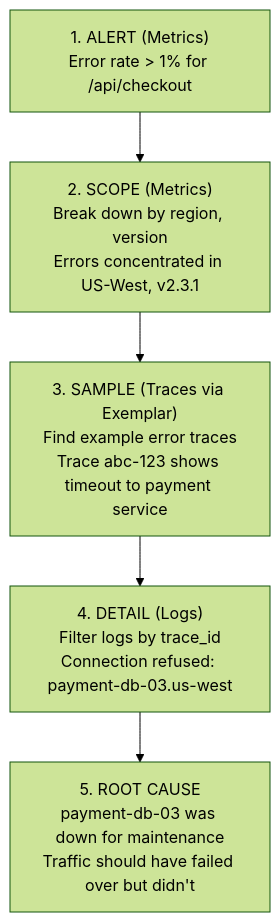
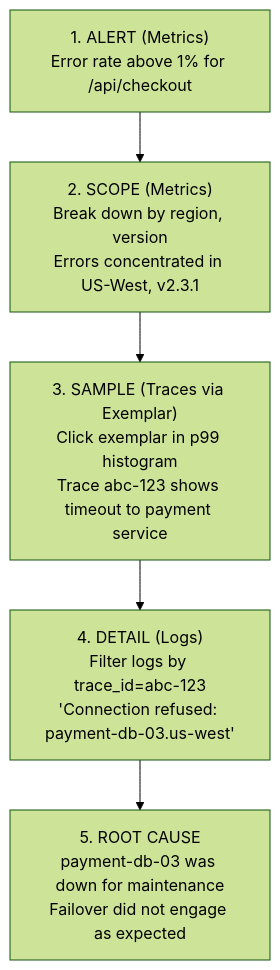
One commit to krisztiankoos/kubedojo changed the seventh of 10 diagrams in src/content/docs/platform/foundations/observability-theory/module-3.2-the-three-pillars.md. Above: the diagram before and after it, drawn with Mermaid (forest theme). The commit also changed other lines of this file, not shown here.

````diff
--- a/src/content/docs/platform/foundations/observability-theory/module-3.2-the-three-pillars.md
+++ b/src/content/docs/platform/foundations/observability-theory/module-3.2-the-three-pillars.md
@@ -376,7 +398,7 @@
 ```mermaid
 graph TD
-    A["1. ALERT (Metrics)<br/>Error rate > 1% for /api/checkout"] --> B["2. SCOPE (Metrics)<br/>Break down by region, version<br/>Errors concentrated in US-West, v2.3.1"]
-    B --> C["3. SAMPLE (Traces via Exemplar)<br/>Find example error traces<br/>Trace abc-123 shows timeout to payment service"]
-    C --> D["4. DETAIL (Logs)<br/>Filter logs by trace_id<br/>Connection refused: payment-db-03.us-west"]
-    D --> E["5. ROOT CAUSE<br/>payment-db-03 was down for maintenance<br/>Traffic should have failed over but didn't"]
+    A["1. ALERT (Metrics)<br/>Error rate above 1% for /api/checkout"] --> B["2. SCOPE (Metrics)<br/>Break down by region, version<br/>Errors concentrated in US-West, v2.3.1"]
+    B --> C["3. SAMPLE (Traces via Exemplar)<br/>Click exemplar in p99 histogram<br/>Trace abc-123 shows timeout to payment service"]
+    C --> D["4. DETAIL (Logs)<br/>Filter logs by trace_id=abc-123<br/>'Connection refused: payment-db-03.us-west'"]
+    D --> E["5. ROOT CAUSE<br/>payment-db-03 was down for maintenance<br/>Failover did not engage as expected"]
 ```
````
